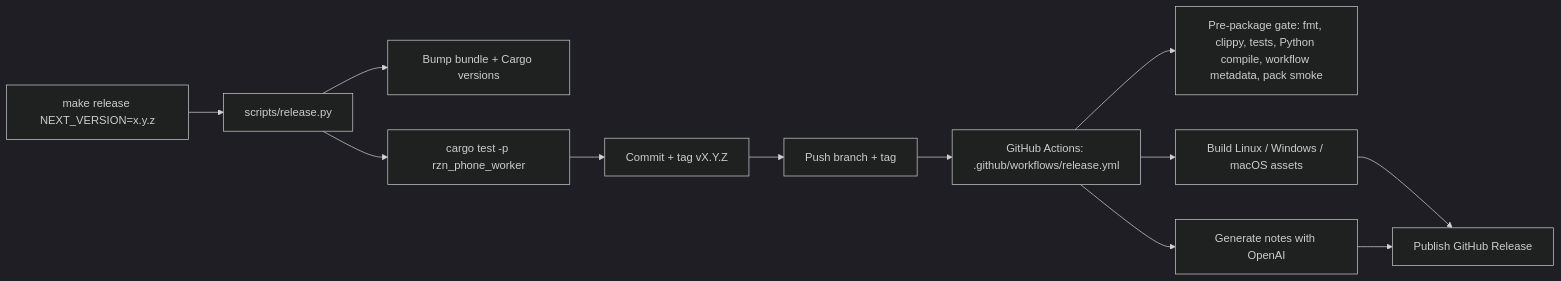
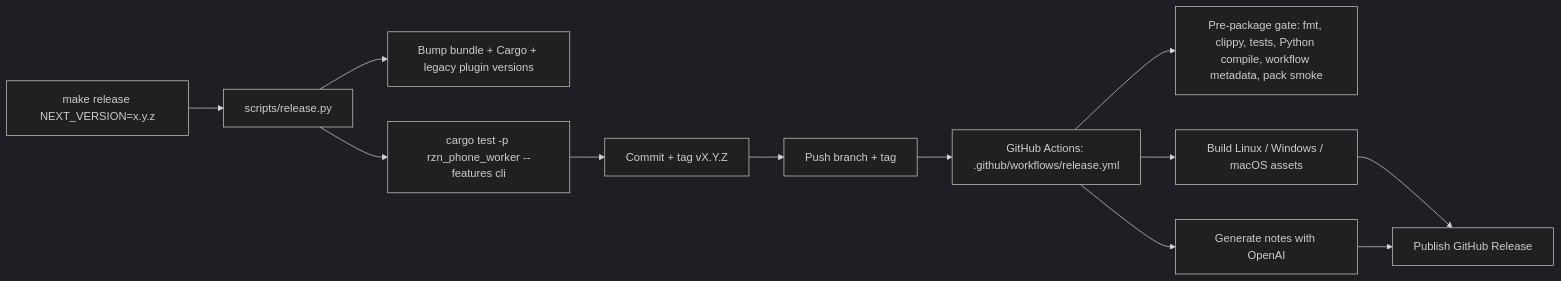
The diagram in docs/releasing.md (srv1n/rzn-phone), drawn with Mermaid (dark theme) before and after one commit. The commit also changed other lines of this file and 62 other files, not shown here.

````diff
--- a/docs/releasing.md
+++ b/docs/releasing.md
@@ -3,14 +3,14 @@
 ```mermaid
 flowchart LR
   A["make release NEXT_VERSION=x.y.z"] --> B["scripts/release.py"]
-  B --> C["Bump bundle + Cargo versions"]
-  B --> D["cargo test -p rzn_phone_worker"]
+  B --> C["Bump bundle + Cargo + legacy plugin versions"]
+  B --> D["cargo test -p rzn_phone_worker --features cli"]
   D --> E["Commit + tag vX.Y.Z"]
   E --> F["Push branch + tag"]
   F --> G["GitHub Actions: .github/workflows/release.yml"]
   G --> Q["Pre-package gate: fmt, clippy, tests, Python compile, workflow metadata, pack smoke"]
   G --> H["Build Linux / Windows / macOS assets"]
   G --> I["Generate notes with OpenAI"]
   H --> J["Publish GitHub Release"]
   I --> J
 ```
````
